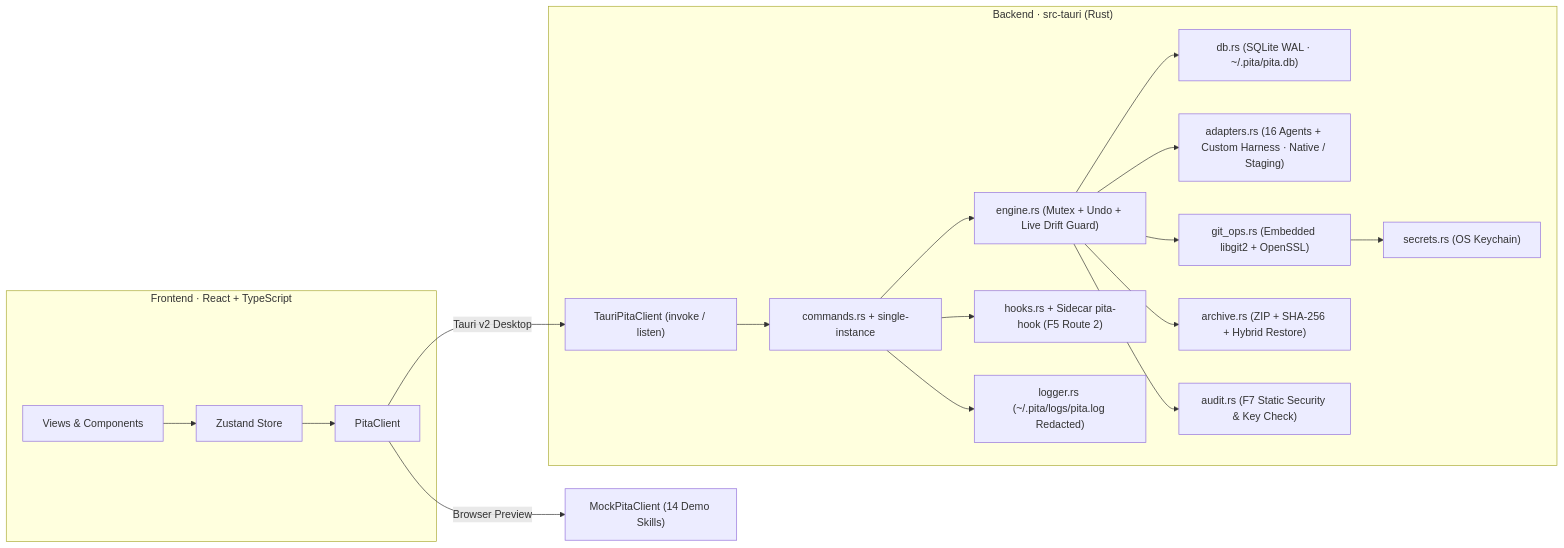
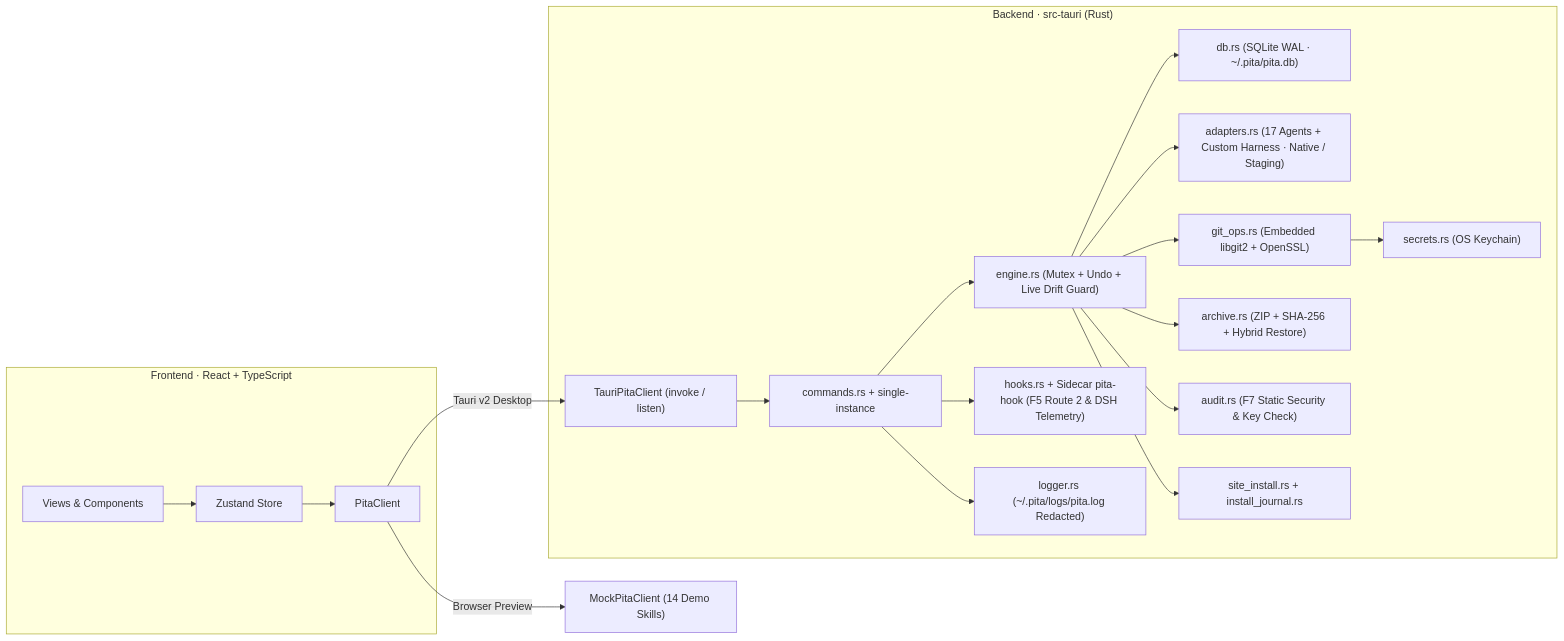
The diagram in README.md (Cheese-nya/pita), drawn with Mermaid before and after one commit. The commit also changed other lines of this file, not shown here.

````diff
--- a/README.md
+++ b/README.md
@@ -60,20 +77,21 @@
 ```mermaid
 flowchart LR
   subgraph FE["Frontend · React + TypeScript"]
     UI["Views & Components"] --> Store["Zustand Store"] --> Client["PitaClient"]
   end
   Client -->|Browser Preview| Mock["MockPitaClient (14 Demo Skills)"]
   Client -->|Tauri v2 Desktop| IPC["TauriPitaClient (invoke / listen)"]
   subgraph BE["Backend · src-tauri (Rust)"]
     IPC --> Cmd["commands.rs + single-instance"]
     Cmd --> Engine["engine.rs (Mutex + Undo + Live Drift Guard)"]
     Engine --> DB["db.rs (SQLite WAL · ~/.pita/pita.db)"]
-    Engine --> Adapt["adapters.rs (16 Agents + Custom Harness · Native / Staging)"]
+    Engine --> Adapt["adapters.rs (17 Agents + Custom Harness · Native / Staging)"]
     Engine --> Git["git_ops.rs (Embedded libgit2 + OpenSSL)"]
     Engine --> Arch["archive.rs (ZIP + SHA-256 + Hybrid Restore)"]
     Engine --> Audit["audit.rs (F7 Static Security & Key Check)"]
-    Cmd --> Hooks["hooks.rs + Sidecar pita-hook (F5 Route 2)"]
+    Engine --> Site["site_install.rs + install_journal.rs"]
+    Cmd --> Hooks["hooks.rs + Sidecar pita-hook (F5 Route 2 & DSH Telemetry)"]
     Cmd --> Log["logger.rs (~/.pita/logs/pita.log Redacted)"]
     Git --> Keychain["secrets.rs (OS Keychain)"]
   end
 ```
````
